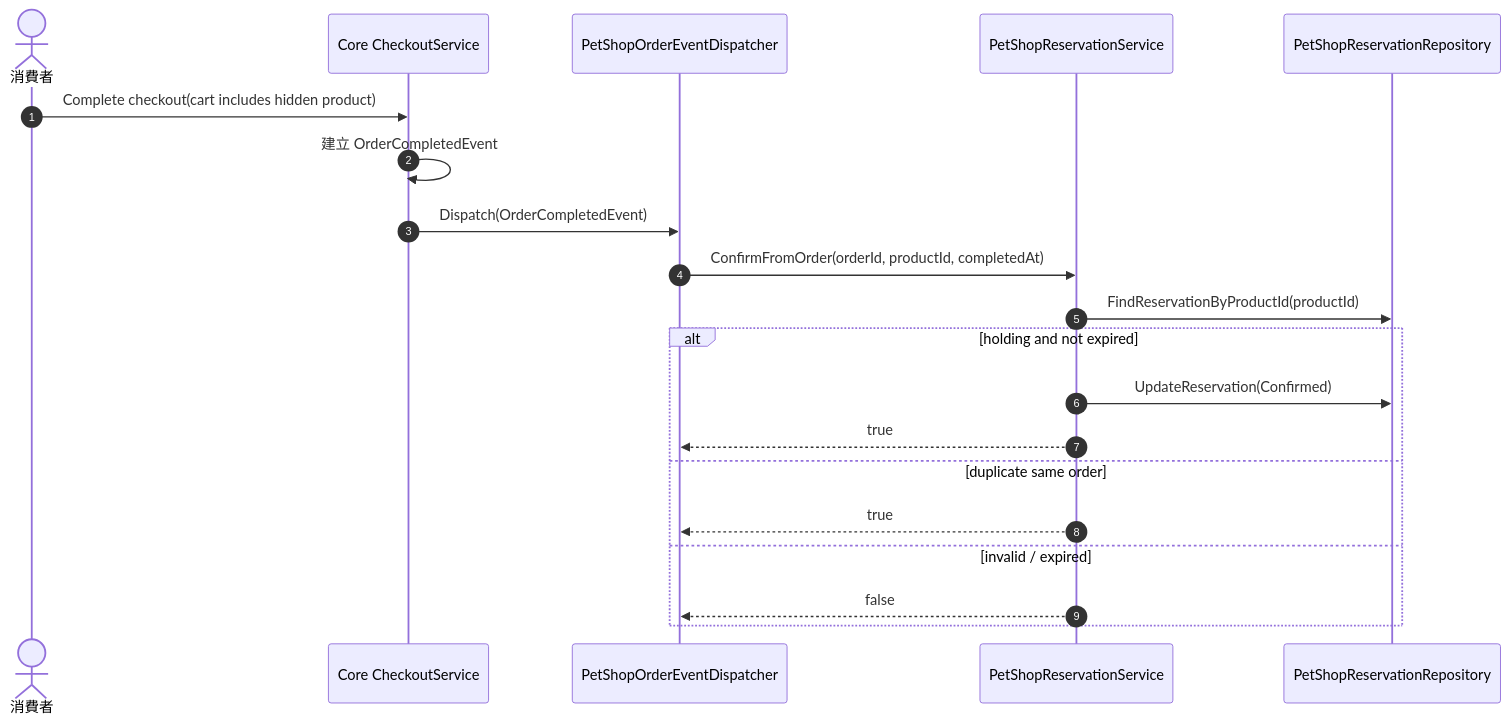
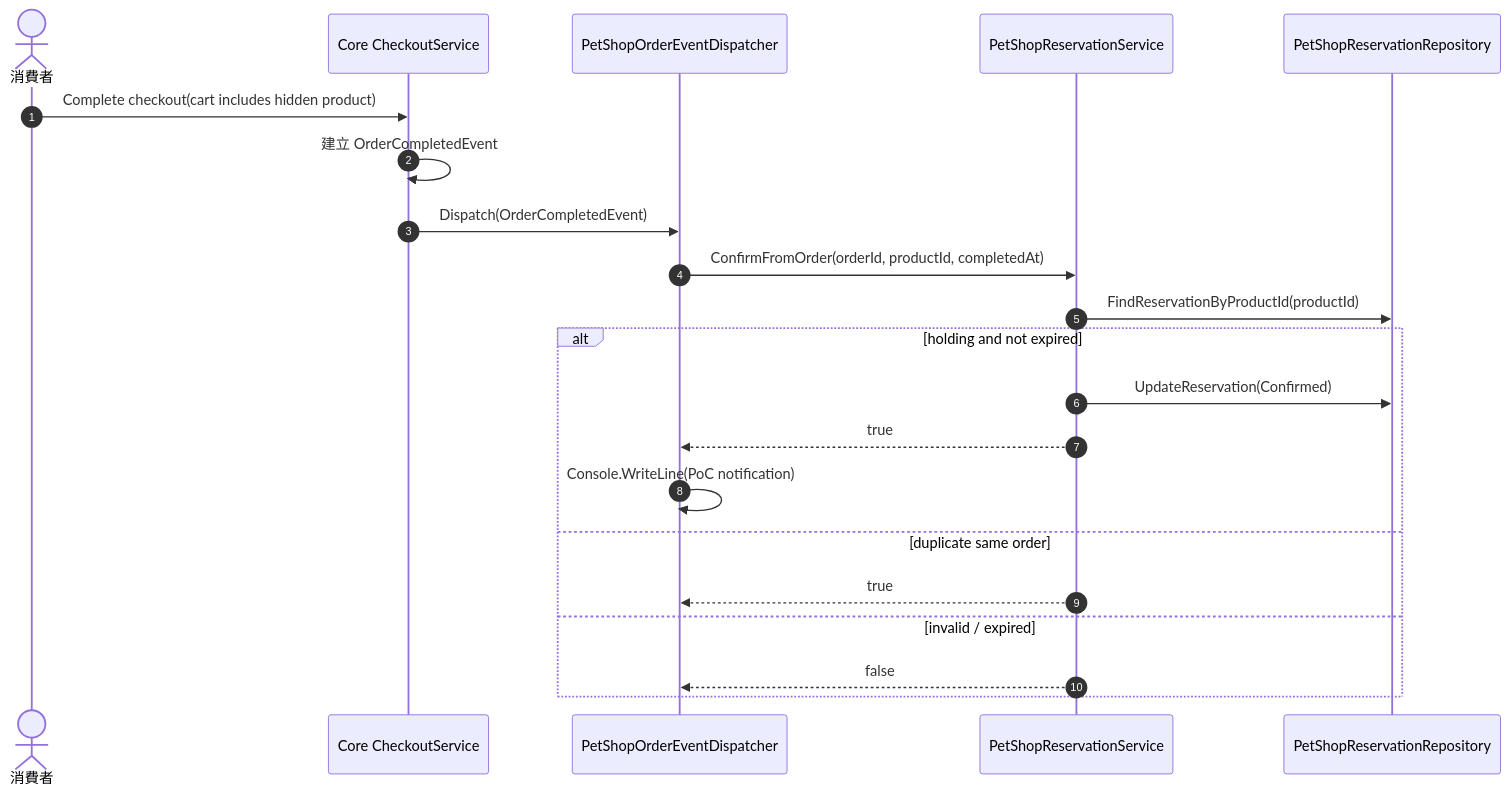
One commit to andrew0928/AndrewDemo.NetConf2023 changed the sixth of 8 diagrams in docs/petshop-reservation-lifecycle-draft.md. Above: the diagram before and after it, drawn with Mermaid. The commit also changed other lines of this file and 12 other files, not shown here.

````diff
--- a/docs/petshop-reservation-lifecycle-draft.md
+++ b/docs/petshop-reservation-lifecycle-draft.md
@@ -218,23 +218,24 @@
 ```mermaid
 sequenceDiagram
     autonumber
     actor Customer as 消費者
     participant Core as Core CheckoutService
     participant Dispatcher as PetShopOrderEventDispatcher
     participant ReservationService as PetShopReservationService
     participant Repo as PetShopReservationRepository
 
     Customer->>Core: Complete checkout(cart includes hidden product)
     Core->>Core: 建立 OrderCompletedEvent
     Core->>Dispatcher: Dispatch(OrderCompletedEvent)
     Dispatcher->>ReservationService: ConfirmFromOrder(orderId, productId, completedAt)
     ReservationService->>Repo: FindReservationByProductId(productId)
     alt holding and not expired
         ReservationService->>Repo: UpdateReservation(Confirmed)
         ReservationService-->>Dispatcher: true
+        Dispatcher->>Dispatcher: Console.WriteLine(PoC notification)
     else duplicate same order
         ReservationService-->>Dispatcher: true
     else invalid / expired
         ReservationService-->>Dispatcher: false
     end
 ```
````
